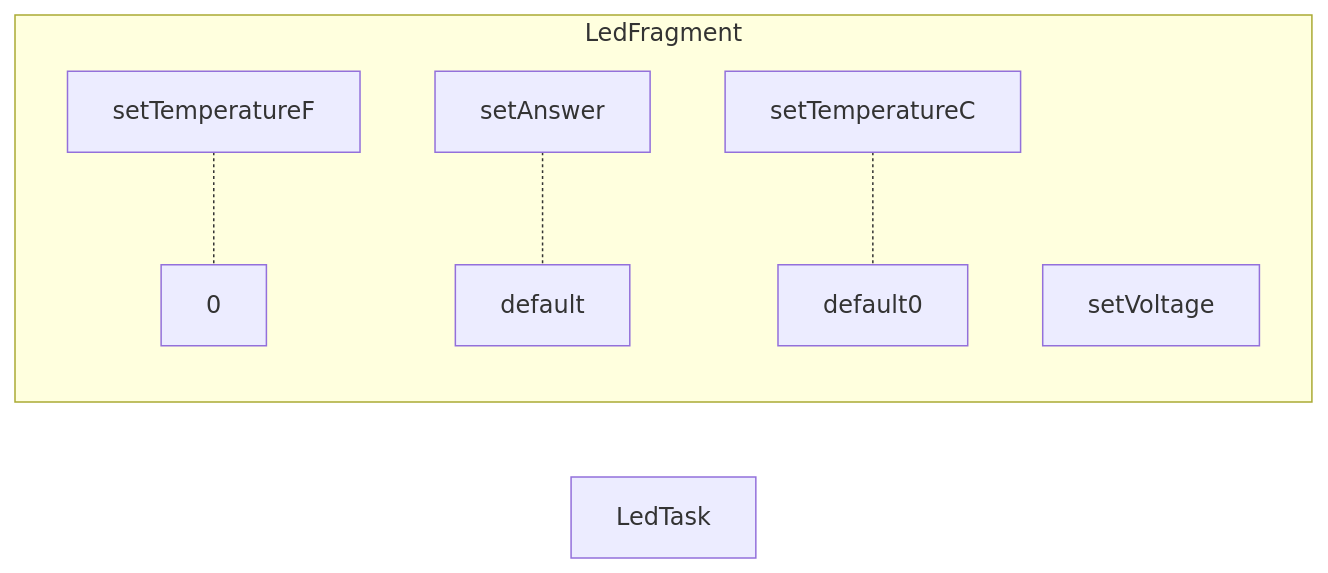
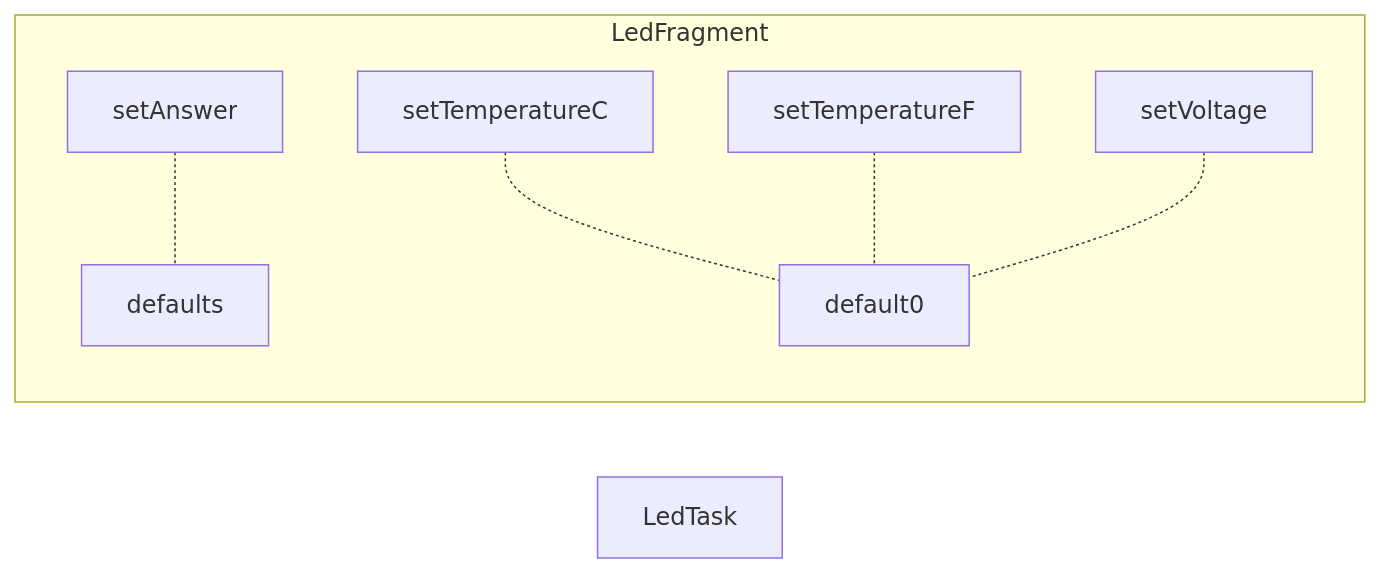
Diagram 13 of 13 in nxp/NtagDemo_mermaid.md (gordianknotC/nxp_note), drawn with Mermaid before and after one commit. The commit also changed other lines of this file, not shown here.

Commit message:
nxp/NtagDemo_mermaid.md updated from https://stackedit.io/

````diff
--- a/nxp/NtagDemo_mermaid.md
+++ b/nxp/NtagDemo_mermaid.md
@@ -513,11 +513,11 @@
 ```mermaid
 graph LR
 subgraph LedFragment
-	setAnswer -.- default
+	setAnswer -.- defaults
 	setTemperatureC -.- default0
-	setTemperatureF -.- 0
-	setVoltage
+	setTemperatureF -.- default0
+	setVoltage -.- default0
 end
 
 LedTask
 ```
````
